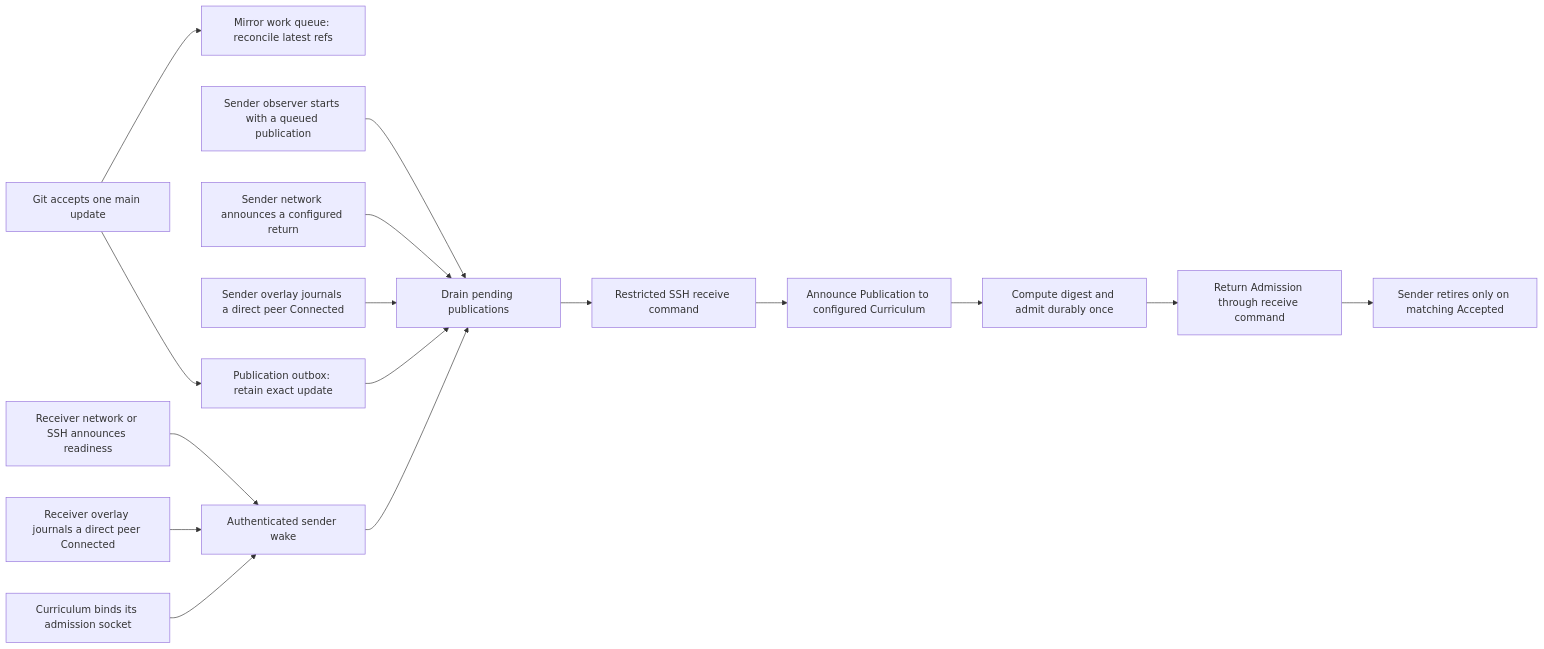
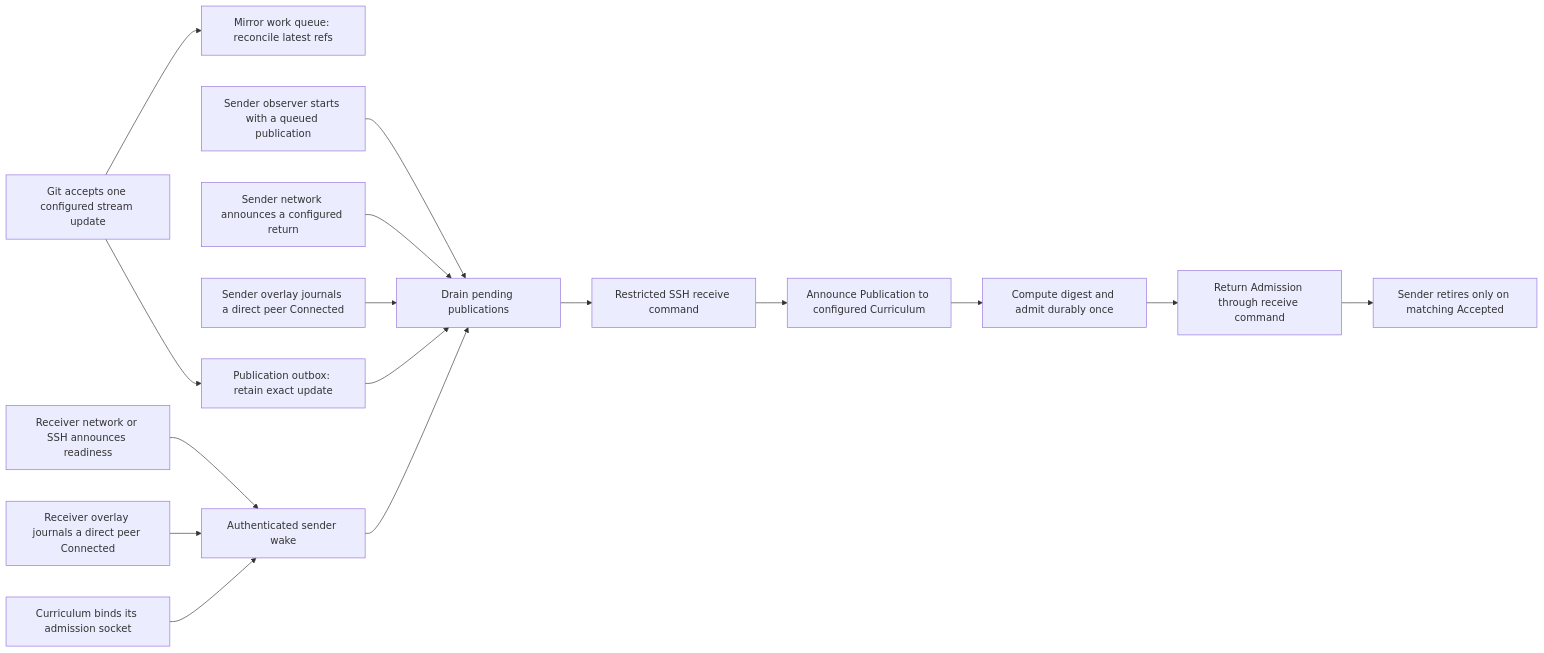
One commit to LiGoldragon/CriomOS changed the diagram in checks/git-publication-delivery/design.md. Above: the diagram before and after it, drawn with Mermaid. The commit also changed other lines of this file and 7 other files, not shown here.

````diff
--- a/checks/git-publication-delivery/design.md
+++ b/checks/git-publication-delivery/design.md
@@ -21,18 +21,18 @@
 ```mermaid
 flowchart LR
-    a["Git accepts one main update"] --> m["Mirror work queue: reconcile latest refs"]
+    a["Git accepts one configured stream update"] --> m["Mirror work queue: reconcile latest refs"]
     a --> b["Publication outbox: retain exact update"]
     ss["Sender observer starts with a queued publication"] --> dr["Drain pending publications"]
     sn["Sender network announces a configured return"] --> dr
     sc["Sender overlay journals a direct peer Connected"] --> dr
     rn["Receiver network or SSH announces readiness"] --> w["Authenticated sender wake"]
     rc["Receiver overlay journals a direct peer Connected"] --> w
     cr["Curriculum binds its admission socket"] --> w
     b --> dr
     dr --> s["Restricted SSH receive command"]
     w --> dr
     s --> c["Announce Publication to configured Curriculum"]
     c --> i["Compute digest and admit durably once"]
     i --> k["Return Admission through receive command"]
     k --> x["Sender retires only on matching Accepted"]
 ```
````
